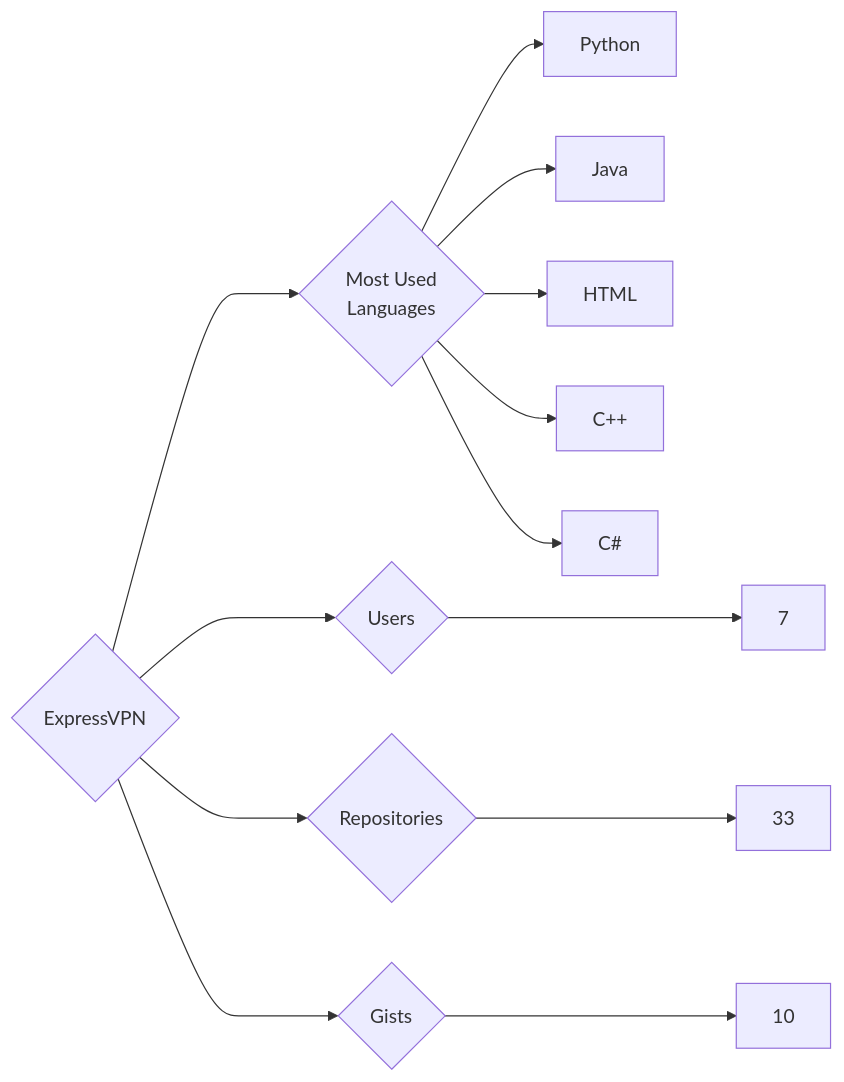
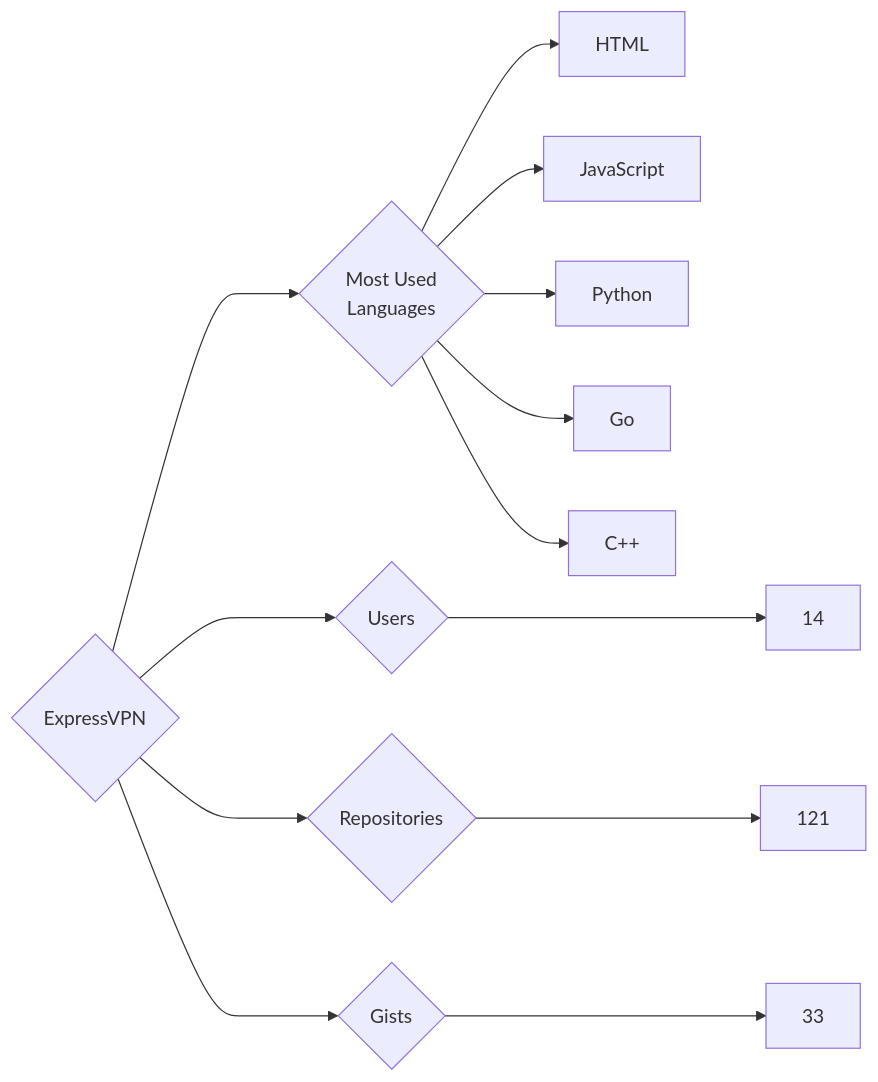
The diagram in targets/ExpressVPN/README.md (trickest/insiders), drawn with Mermaid before and after one commit. The commit also changed 1170 other files, not shown here.

````diff
--- a/targets/ExpressVPN/README.md
+++ b/targets/ExpressVPN/README.md
@@ -3,13 +3,13 @@
 ```mermaid
 graph LR
 COMPANY_NAME{ExpressVPN}
-COMPANY_NAME ---> U{Users} ---> UN[7]
-COMPANY_NAME ---> R{Repositories} ---> RN[33]
-COMPANY_NAME ---> G{Gists} ---> GN[10]
+COMPANY_NAME ---> U{Users} ---> UN[14]
+COMPANY_NAME ---> R{Repositories} ---> RN[121]
+COMPANY_NAME ---> G{Gists} ---> GN[33]
 COMPANY_NAME ---> ML{Most Used<br>Languages}
+ML --> HTML[HTML]
+ML --> JavaScript[JavaScript]
 ML --> Python[Python]
-ML --> Java[Java]
-ML --> HTML[HTML]
+ML --> Go[Go]
 ML --> C++[C++]
-ML --> C#[C#]
 ```
````
